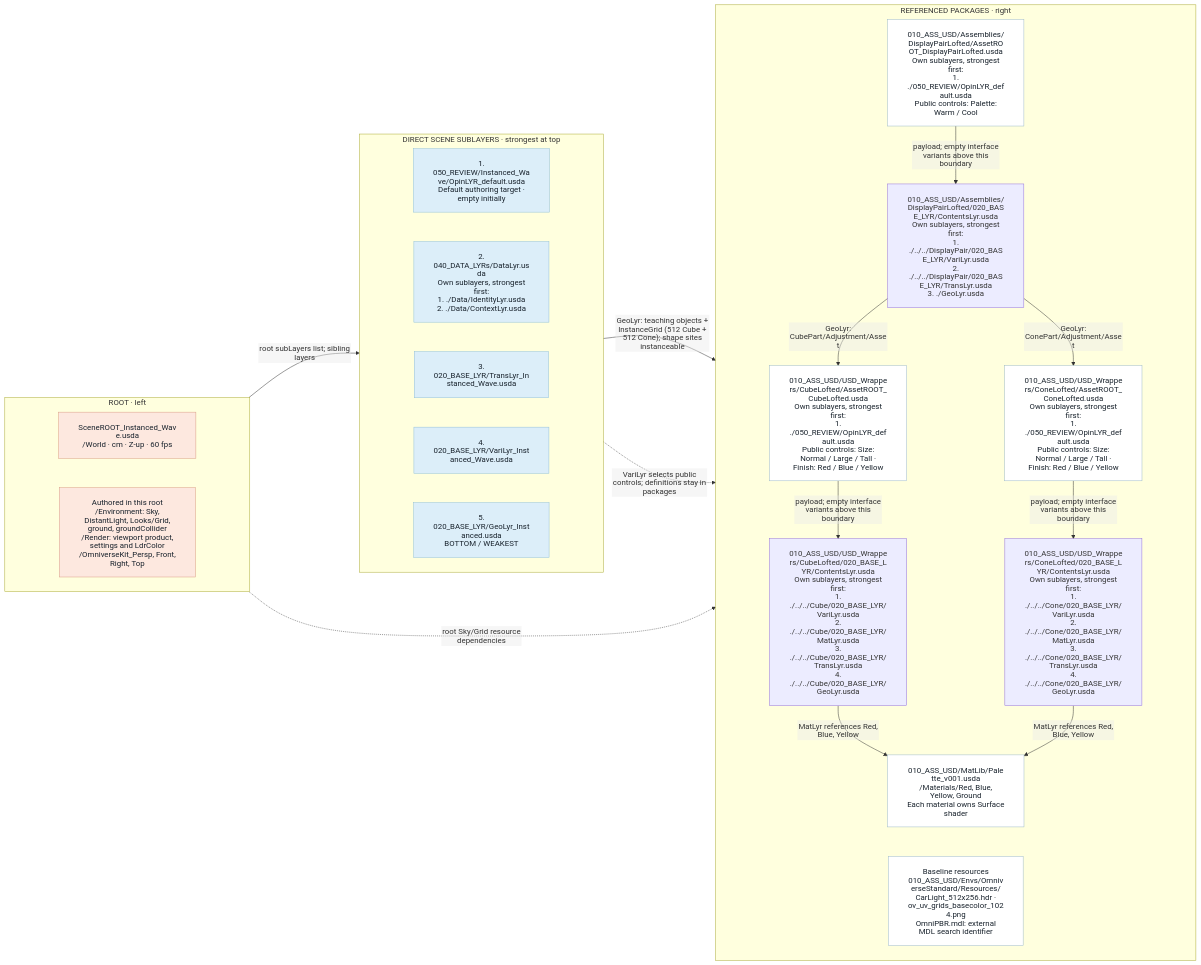
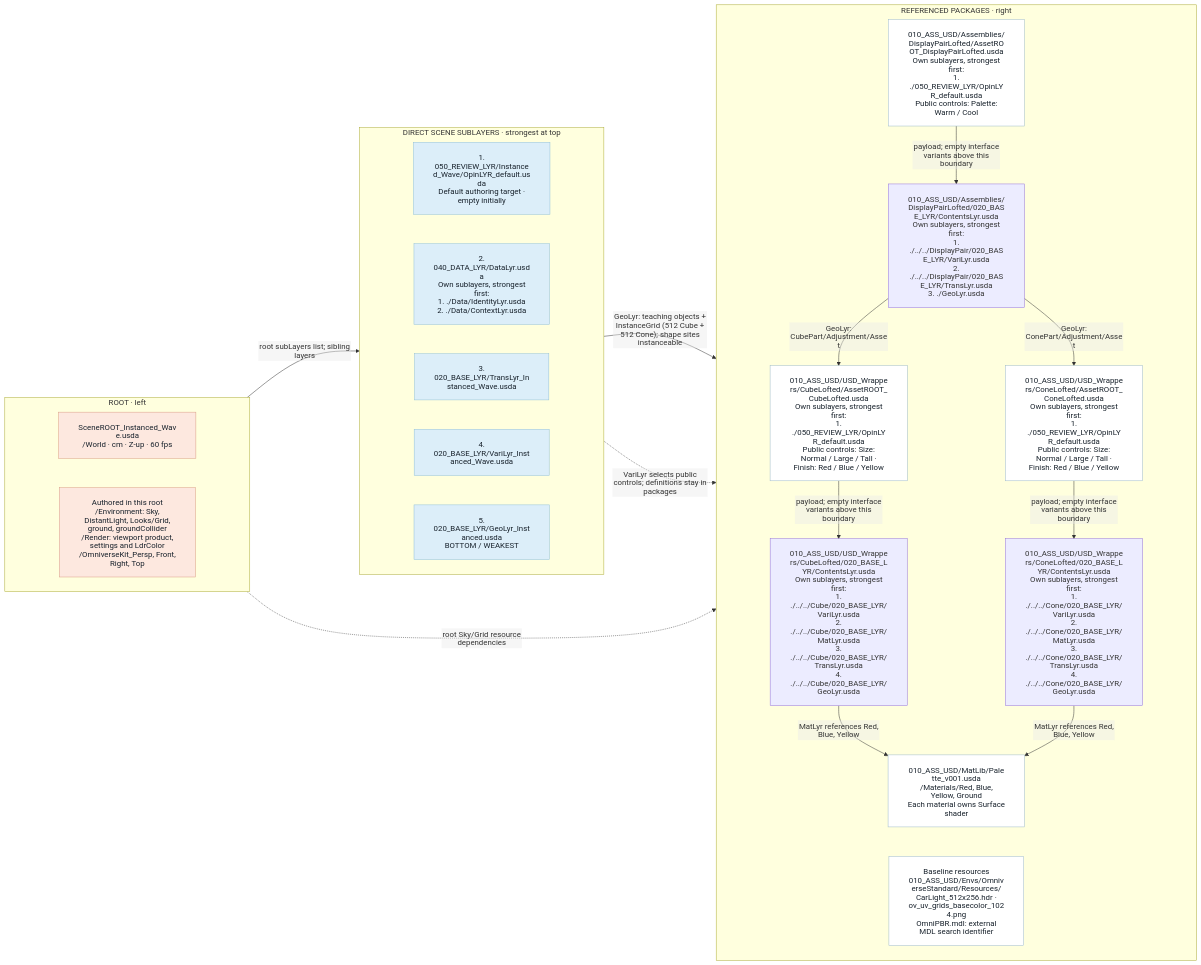
One commit to jph2/OpenUSD_GoodStart_CompositionContract changed diagram 12 of 15 in examples/01_LayeredScene/README.md. Above: the diagram before and after it, drawn with Mermaid. The commit also changed other lines of this file and 149 other files, not shown here.

````diff
--- a/examples/01_LayeredScene/README.md
+++ b/examples/01_LayeredScene/README.md
@@ -1031,51 +987,51 @@
 ```mermaid
 %%{init: {"htmlLabels": false, "themeVariables": {"fontFamily": "Arial, sans-serif"}, "flowchart": {"htmlLabels": false, "padding": 20, "nodeSpacing": 200, "rankSpacing": 35, "diagramPadding": 20}}}%%
 flowchart LR
     subgraph ENTRY["ROOT · left"]
         direction TB
         R["SceneROOT_Instanced_Wave.usda<br/>/World · cm · Z-up · 60 fps"]
         B["Authored in this root<br/>/Environment: Sky, DistantLight, Looks/Grid, ground, groundCollider<br/>/Render: viewport product, settings and LdrColor<br/>/OmniverseKit_Persp, Front, Right, Top"]
         R ~~~ B
     end
     subgraph STACK["DIRECT SCENE SUBLAYERS · strongest at top"]
         direction TB
-        L0["1. 050_REVIEW/Instanced_Wave/OpinLYR_default.usda<br/>Default authoring target · empty initially"]
-        L1["2. 040_DATA_LYRs/DataLyr.usda<br/>Own sublayers, strongest first:<br/>1. ./Data/IdentityLyr.usda<br/>2. ./Data/ContextLyr.usda"]
+        L0["1. 050_REVIEW_LYR/Instanced_Wave/OpinLYR_default.usda<br/>Default authoring target · empty initially"]
+        L1["2. 040_DATA_LYR/DataLyr.usda<br/>Own sublayers, strongest first:<br/>1. ./Data/IdentityLyr.usda<br/>2. ./Data/ContextLyr.usda"]
         L0 ~~~ L1
         L2["3. 020_BASE_LYR/TransLyr_Instanced_Wave.usda"]
         L1 ~~~ L2
         L3["4. 020_BASE_LYR/VariLyr_Instanced_Wave.usda"]
         L2 ~~~ L3
         L4["5. 020_BASE_LYR/GeoLyr_Instanced.usda<br/>BOTTOM / WEAKEST"]
         L3 ~~~ L4
     end
     subgraph SOURCES["REFERENCED PACKAGES · right"]
         direction TB
-        PAIR["010_ASS_USD/Assemblies/DisplayPairLofted/AssetROOT_DisplayPairLofted.usda<br/>Own sublayers, strongest first:<br/>1. ./050_REVIEW/OpinLYR_default.usda<br/>Public controls: Palette: Warm / Cool"]
+        PAIR["010_ASS_USD/Assemblies/DisplayPairLofted/AssetROOT_DisplayPairLofted.usda<br/>Own sublayers, strongest first:<br/>1. ./050_REVIEW_LYR/OpinLYR_default.usda<br/>Public controls: Palette: Warm / Cool"]
         PAIRC["010_ASS_USD/Assemblies/DisplayPairLofted/020_BASE_LYR/ContentsLyr.usda<br/>Own sublayers, strongest first:<br/>1. ./../../DisplayPair/020_BASE_LYR/VariLyr.usda<br/>2. ./../../DisplayPair/020_BASE_LYR/TransLyr.usda<br/>3. ./GeoLyr.usda"]
         PAIR -->|"payload; empty interface variants above this boundary"| PAIRC
-        CUBE["010_ASS_USD/USD_Wrappers/CubeLofted/AssetROOT_CubeLofted.usda<br/>Own sublayers, strongest first:<br/>1. ./050_REVIEW/OpinLYR_default.usda<br/>Public controls: Size: Normal / Large / Tall · Finish: Red / Blue / Yellow"]
+        CUBE["010_ASS_USD/USD_Wrappers/CubeLofted/AssetROOT_CubeLofted.usda<br/>Own sublayers, strongest first:<br/>1. ./050_REVIEW_LYR/OpinLYR_default.usda<br/>Public controls: Size: Normal / Large / Tall · Finish: Red / Blue / Yellow"]
         CUBEC["010_ASS_USD/USD_Wrappers/CubeLofted/020_BASE_LYR/ContentsLyr.usda<br/>Own sublayers, strongest first:<br/>1. ./../../Cube/020_BASE_LYR/VariLyr.usda<br/>2. ./../../Cube/020_BASE_LYR/MatLyr.usda<br/>3. ./../../Cube/020_BASE_LYR/TransLyr.usda<br/>4. ./../../Cube/020_BASE_LYR/GeoLyr.usda"]
         CUBE -->|"payload; empty interface variants above this boundary"| CUBEC
-        CONE["010_ASS_USD/USD_Wrappers/ConeLofted/AssetROOT_ConeLofted.usda<br/>Own sublayers, strongest first:<br/>1. ./050_REVIEW/OpinLYR_default.usda<br/>Public controls: Size: Normal / Large / Tall · Finish: Red / Blue / Yellow"]
+        CONE["010_ASS_USD/USD_Wrappers/ConeLofted/AssetROOT_ConeLofted.usda<br/>Own sublayers, strongest first:<br/>1. ./050_REVIEW_LYR/OpinLYR_default.usda<br/>Public controls: Size: Normal / Large / Tall · Finish: Red / Blue / Yellow"]
         CONEC["010_ASS_USD/USD_Wrappers/ConeLofted/020_BASE_LYR/ContentsLyr.usda<br/>Own sublayers, strongest first:<br/>1. ./../../Cone/020_BASE_LYR/VariLyr.usda<br/>2. ./../../Cone/020_BASE_LYR/MatLyr.usda<br/>3. ./../../Cone/020_BASE_LYR/TransLyr.usda<br/>4. ./../../Cone/020_BASE_LYR/GeoLyr.usda"]
         CONE -->|"payload; empty interface variants above this boundary"| CONEC
         MAT["010_ASS_USD/MatLib/Palette_v001.usda<br/>/Materials/Red, Blue, Yellow, Ground<br/>Each material owns Surface shader"]
         RES["Baseline resources<br/>010_ASS_USD/Envs/OmniverseStandard/Resources/<br/>CarLight_512x256.hdr · ov_uv_grids_basecolor_1024.png<br/>OmniPBR.mdl: external MDL search identifier"]
         PAIRC -->|"GeoLyr: CubePart/Adjustment/Asset"| CUBE
         PAIRC -->|"GeoLyr: ConePart/Adjustment/Asset"| CONE
         CUBEC -->|"MatLyr references Red, Blue, Yellow"| MAT
         CONEC -->|"MatLyr references Red, Blue, Yellow"| MAT
         MAT ~~~ RES
     end
     ENTRY -->|"root subLayers list; sibling layers"| STACK
     STACK -->|"GeoLyr: teaching objects + InstanceGrid (512 Cube + 512 Cone); shape sites instanceable"| SOURCES
     STACK -.->|"VariLyr selects public controls; definitions stay in packages"| SOURCES
     ENTRY -.->|"root Sky/Grid resource dependencies"| SOURCES
     classDef ccRoot fill:#fde8df,stroke:#d99b84,color:#17212b
     classDef layer fill:#dceef9,stroke:#91bfd8,color:#17212b
     classDef asset fill:#ffffff,stroke:#9db9c8,color:#17212b
     class R,B ccRoot
     class L0,L1,L2,L3,L4 layer
     class PAIR,CUBE,CONE,MAT,RES asset
 ```
````
